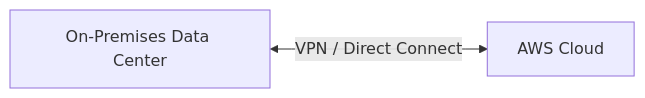
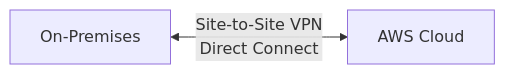
The third of 5 diagrams in content/posts/02.Security/aws/aws-ccp-1/index.md (noir1458/noir1458.github.io), drawn with Mermaid before and after one commit. The commit also changed other lines of this file and 4 other files, not shown here.

````diff
--- a/content/posts/02.Security/aws/aws-ccp-1/index.md
+++ b/content/posts/02.Security/aws/aws-ccp-1/index.md
@@ -313,4 +142,4 @@
 ```mermaid
 flowchart LR
-    DC[On-Premises Data Center] <-->|VPN / Direct Connect| AWS[AWS Cloud]
+    DC[On-Premises] <-->|Site-to-Site VPN<br/>Direct Connect| AWS[AWS Cloud]
 ```
````
